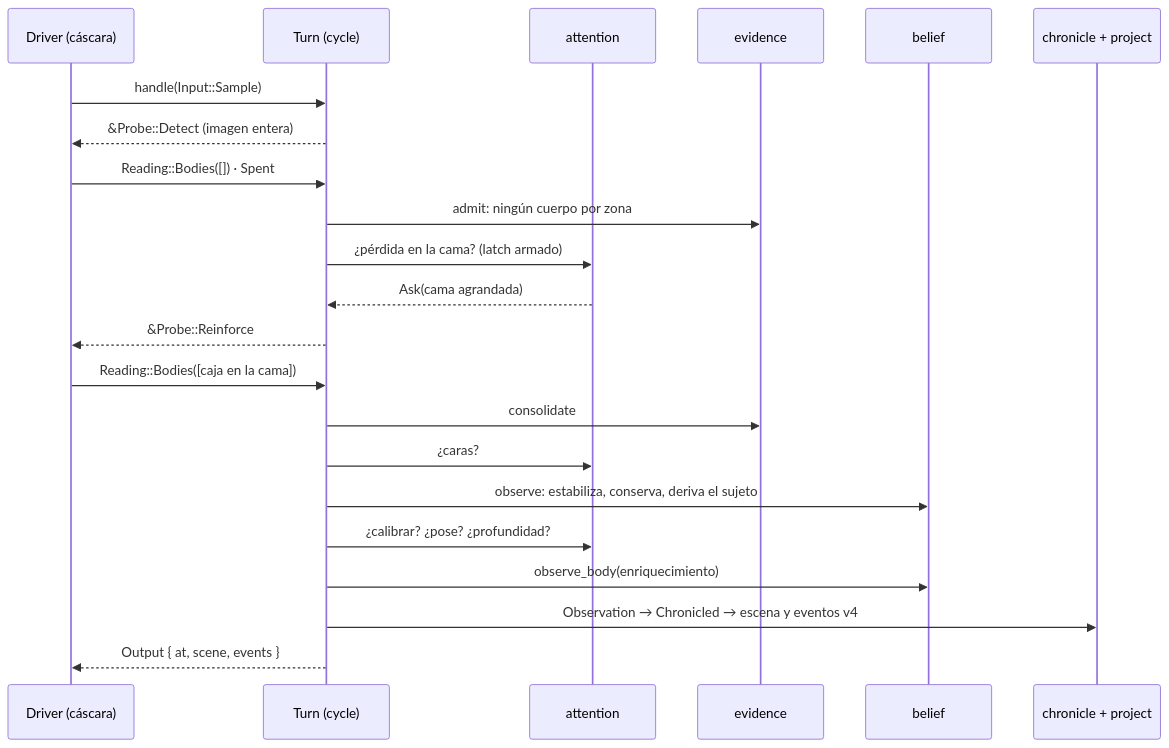
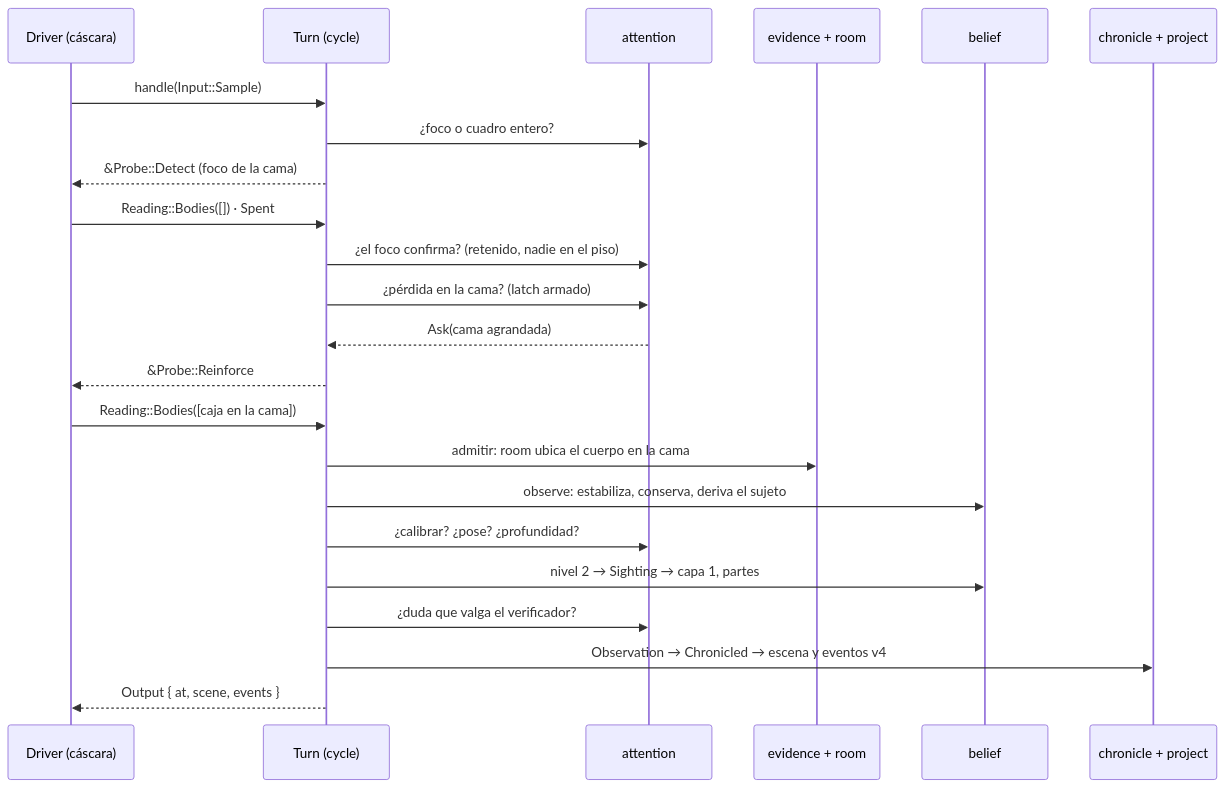
One commit to e7canasta/calipso-detector changed the ninth of 9 diagrams in arquitectura-c4.md. Above: the diagram before and after it, drawn with Mermaid. The commit also changed other lines of this file and 2 other files, not shown here.

First line of the commit message:
Arquitectura al 2026-11-01: C4 por ingeniería inversa, revisión y mesa de refactor

````diff
--- a/arquitectura-c4.md
+++ b/arquitectura-c4.md
@@ -405,25 +523,26 @@
 ```mermaid
 sequenceDiagram
     participant D as Driver (cáscara)
     participant T as Turn (cycle)
     participant A as attention
-    participant E as evidence
+    participant E as evidence + room
     participant B as belief
     participant P as chronicle + project
 
     D->>T: handle(Input::Sample)
-    T-->>D: &Probe::Detect (imagen entera)
+    T->>A: ¿foco o cuadro entero?
+    T-->>D: &Probe::Detect (foco de la cama)
     D->>T: Reading::Bodies([]) · Spent
-    T->>E: admit: ningún cuerpo por zona
+    T->>A: ¿el foco confirma? (retenido, nadie en el piso)
     T->>A: ¿pérdida en la cama? (latch armado)
     A-->>T: Ask(cama agrandada)
     T-->>D: &Probe::Reinforce
     D->>T: Reading::Bodies([caja en la cama])
-    T->>E: consolidate
-    T->>A: ¿caras?
+    T->>E: admitir: room ubica el cuerpo en la cama
     T->>B: observe: estabiliza, conserva, deriva el sujeto
     T->>A: ¿calibrar? ¿pose? ¿profundidad?
-    T->>B: observe_body(enriquecimiento)
+    T->>B: nivel 2 → Sighting → capa 1, partes
+    T->>A: ¿duda que valga el verificador?
     T->>P: Observation → Chronicled → escena y eventos v4
     T-->>D: Output { at, scene, events }
 ```
````
